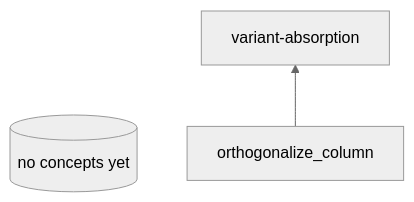
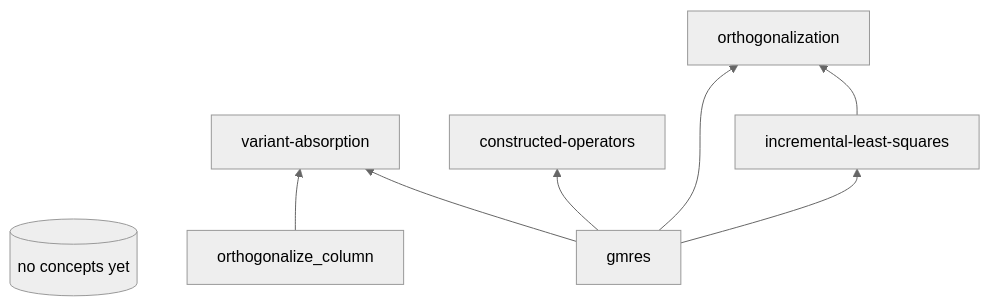
Before and after one commit to crutcher/palace_whiteroom: the second of 2 diagrams in book/src/concepts/dependency-map.md, drawn with Mermaid (neutral theme). The commit also changed 6 other files, not shown here.

````diff
--- a/book/src/concepts/dependency-map.md
+++ b/book/src/concepts/dependency-map.md
@@ -32,6 +32,11 @@
 ```mermaid
 graph BT
   %% Empty — populate as concepts are extracted.
   placeholder[(no concepts yet)]
   orthogonalize_column --> variant-absorption
+  gmres --> constructed-operators
+  gmres --> variant-absorption
+  gmres --> orthogonalization
+  gmres --> incremental-least-squares
+  incremental-least-squares --> orthogonalization
 ```
````
